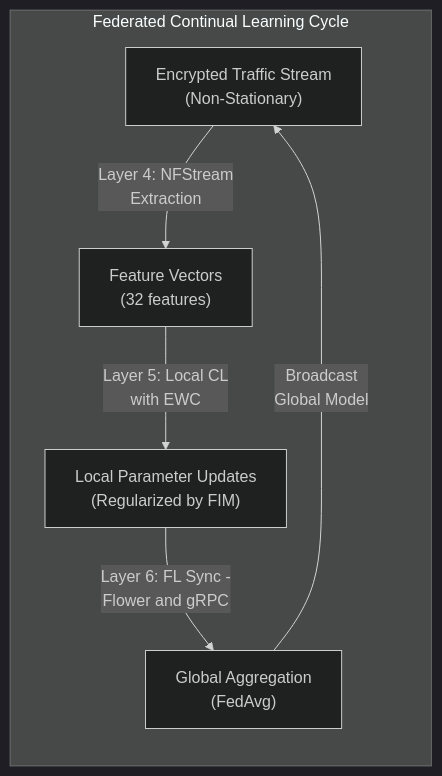
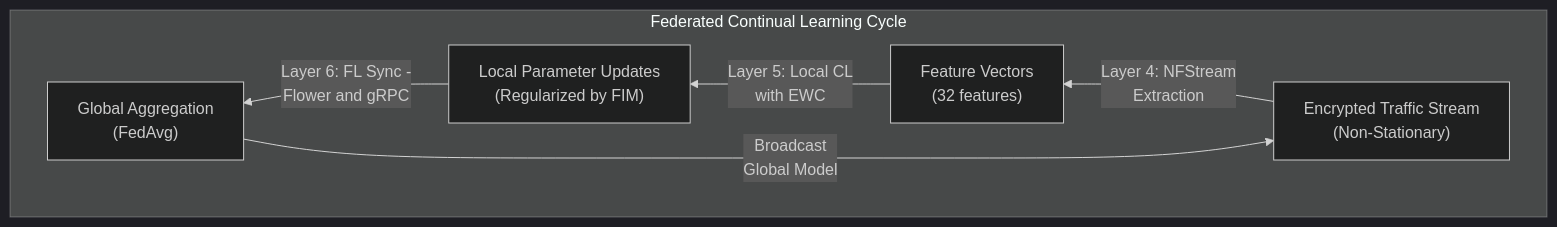
One commit to rhaffle87/fl-cl changed the first of 8 diagrams in docs/03_deployment.md. Above: the diagram before and after it, drawn with Mermaid (dark theme). The commit also changed other lines of this file and 30 other files, not shown here.

Commit message:
feat: implement multi-architecture threat classification models and expand project documentation infrastructure

````diff
--- a/docs/03_deployment.md
+++ b/docs/03_deployment.md
@@ -15,9 +15,10 @@
 ```mermaid
-graph RL
- subgraph Conceptual_Pipeline ["Federated Continual Learning Cycle"]
- DataStream["Encrypted Traffic Stream <br> (Non-Stationary)"] -->|Layer 4: NFStream <br> Extraction| FeatureTensors["Feature Vectors <br> (32 features)"]
- FeatureTensors -->|Layer 5: Local CL <br> with EWC| LocalUpdates["Local Parameter Updates <br> (Regularized by FIM)"]
- LocalUpdates -->|Layer 6: FL Sync - <br> Flower and gRPC| GlobalAggregator["Global Aggregation <br> (FedAvg)"]
- GlobalAggregator -->|Broadcast <br> Global Model| DataStream
- end
+flowchart RL
+    subgraph Conceptual_Pipeline ["Federated Continual Learning Cycle"]
+        direction RL
+        DataStream["Encrypted Traffic Stream <br> (Non-Stationary)"] -->|Layer 4: NFStream <br> Extraction| FeatureTensors["Feature Vectors <br> (32 features)"]
+        FeatureTensors -->|Layer 5: Local CL <br> with EWC| LocalUpdates["Local Parameter Updates <br> (Regularized by FIM)"]
+        LocalUpdates -->|Layer 6: FL Sync - <br> Flower and gRPC| GlobalAggregator["Global Aggregation <br> (FedAvg)"]
+        GlobalAggregator -->|Broadcast <br> Global Model| DataStream
+    end
 ```
````
